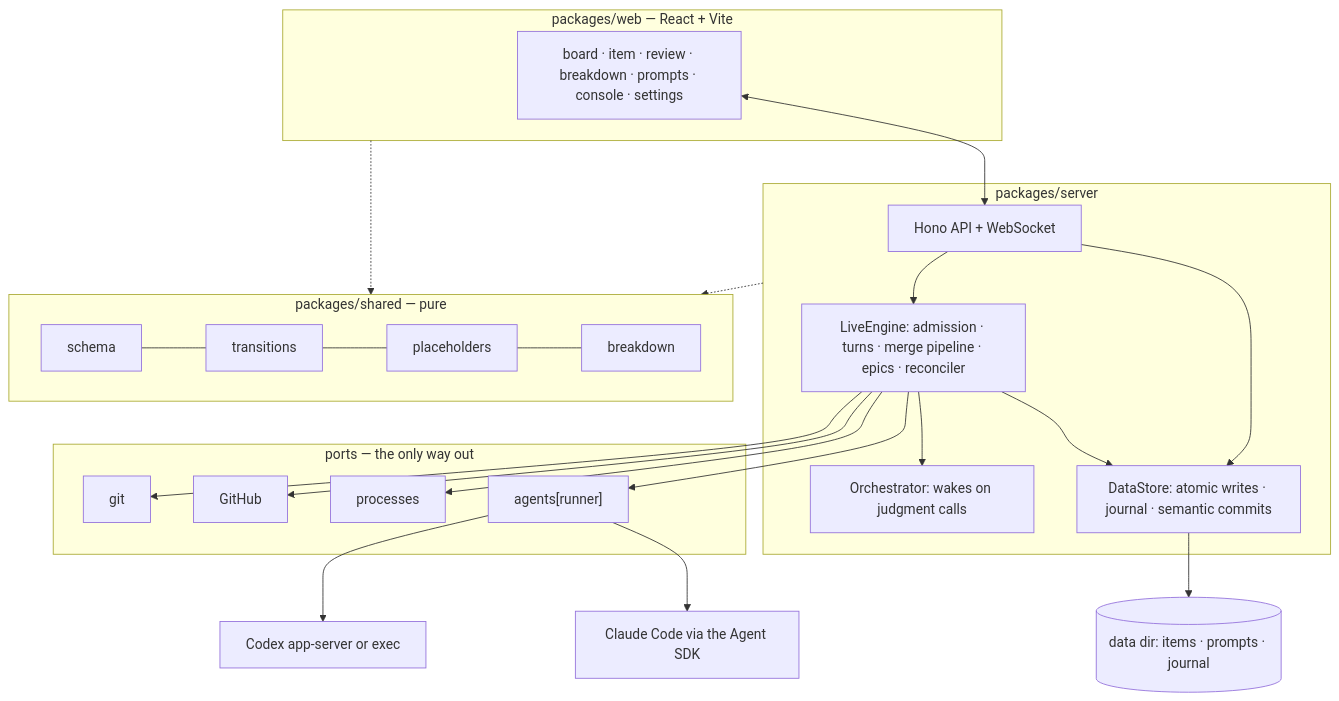
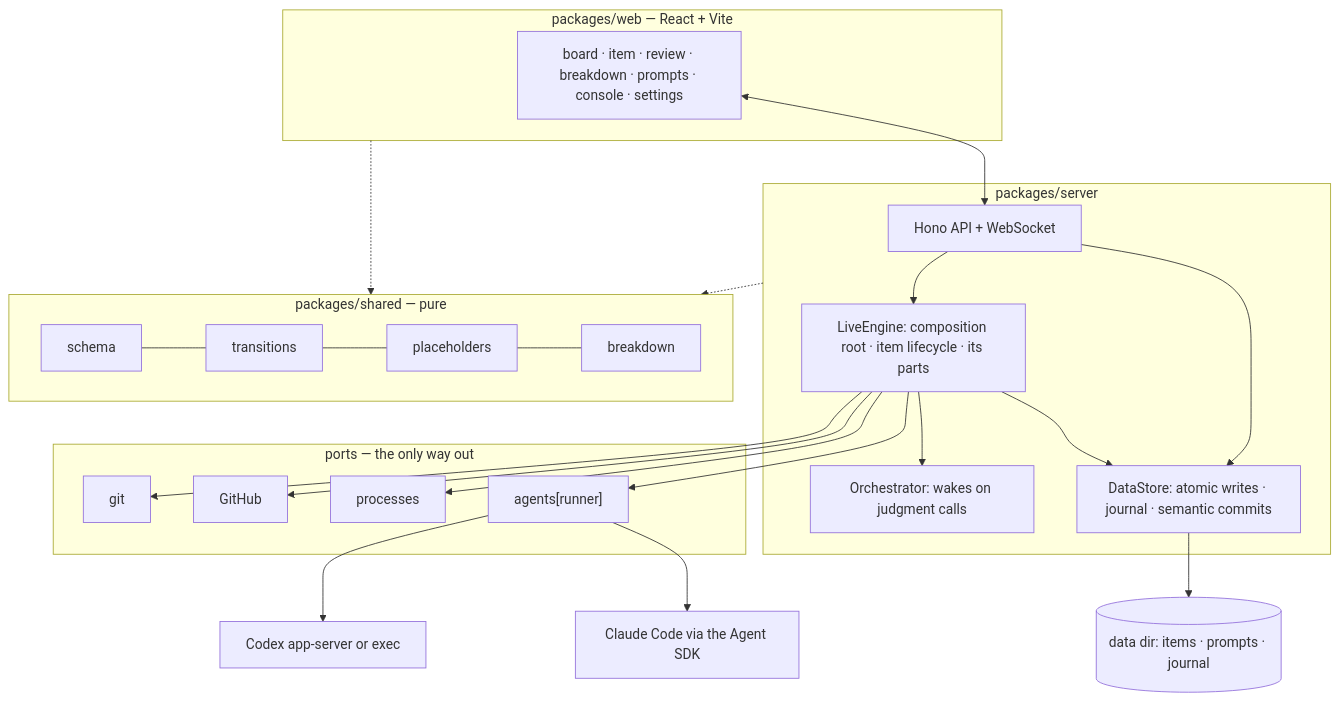
Before and after one commit to gravesisme/planestro: the diagram in docs/architecture.md, drawn with Mermaid. The commit also changed other lines of this file and 6 other files, not shown here.

````diff
--- a/docs/architecture.md
+++ b/docs/architecture.md
@@ -3,25 +3,25 @@
 ```mermaid
 graph TB
   subgraph web [packages/web — React + Vite]
     UI[board · item · review · breakdown · prompts · console · settings]
   end
   subgraph server [packages/server]
     API[Hono API + WebSocket]
-    ENG[LiveEngine: admission · turns · merge pipeline · epics · reconciler]
+    ENG[LiveEngine: composition root · item lifecycle · its parts]
     ORCH[Orchestrator: wakes on judgment calls]
     STORE[DataStore: atomic writes · journal · semantic commits]
   end
   subgraph ports [ports — the only way out]
     GIT[git]; GH[GitHub]; PROC[processes]; AG["agents[runner]"]
   end
   subgraph shared [packages/shared — pure]
     SCH[schema] --- TR[transitions] --- PH[placeholders] --- BD[breakdown]
   end
   UI <--> API --> ENG --> STORE --> FILES[(data dir: items · prompts · journal)]
   API --> STORE
   ENG --> ORCH
   ENG --> GIT & GH & PROC & AG
   AG --> CL[Claude Code via the Agent SDK] & CX[Codex app-server or exec]
   server -.-> shared
   web -.-> shared
 ```
````
